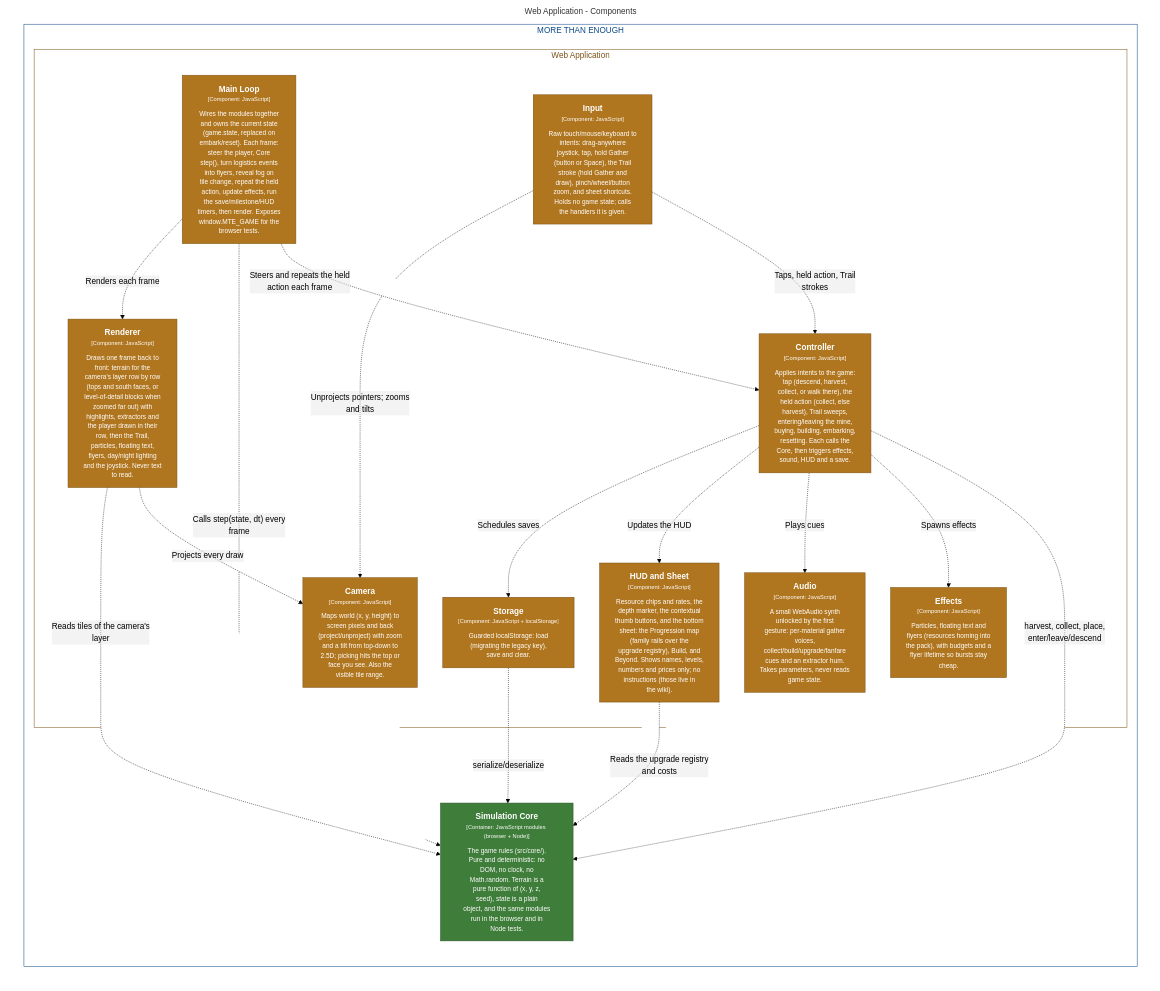
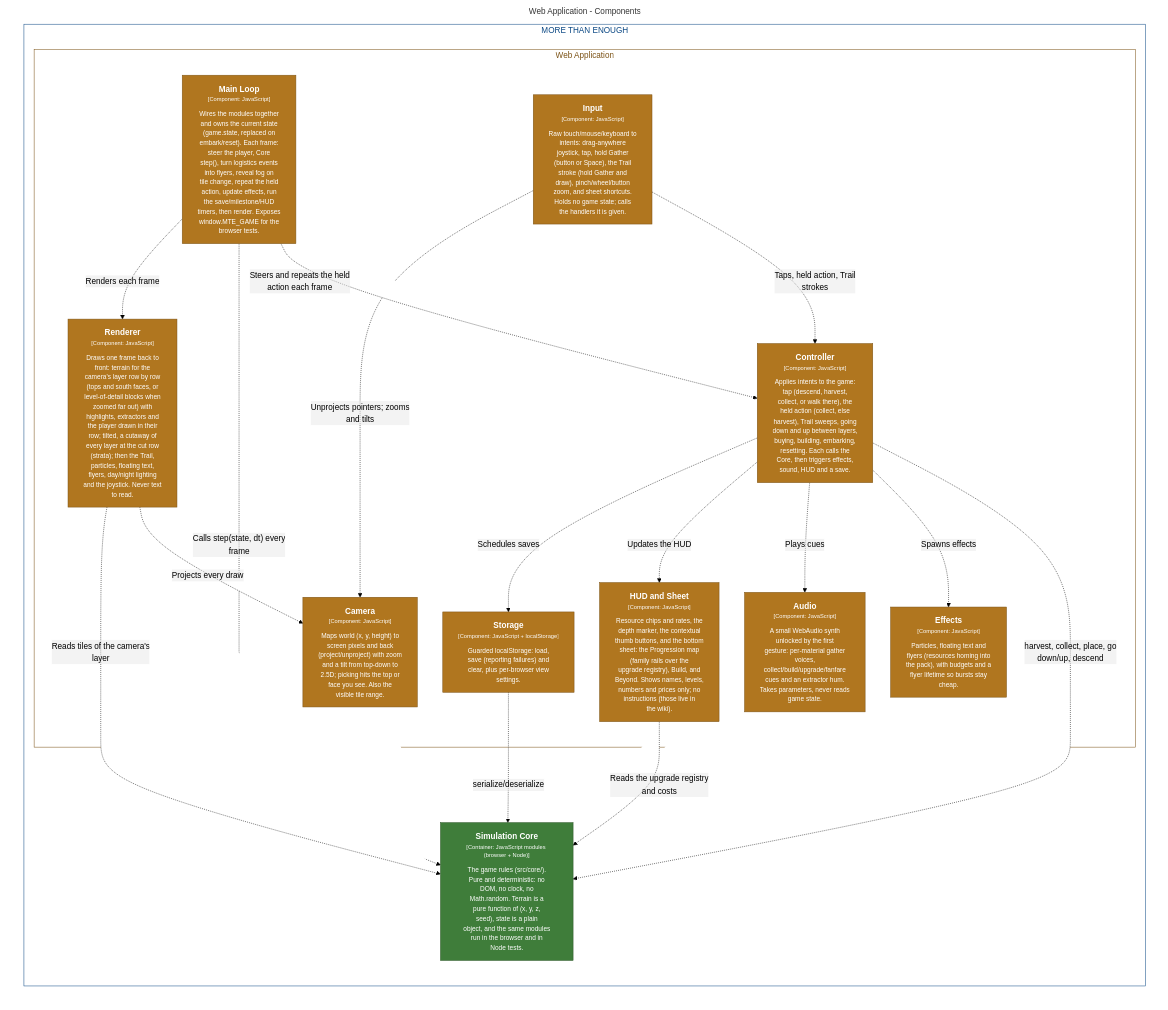
Before and after one commit to bitkojine/more-than-enough: the diagram in structurizr/diagrams/AppComponents.mmd, drawn with Mermaid (forest theme). The commit also changed 34 other files, not shown here.

First line of the commit message:
v0.22.0: holes between layers, mine fog, layer cutaway

```diff
--- a/structurizr/diagrams/AppComponents.mmd
+++ b/structurizr/diagrams/AppComponents.mmd
@@ -1,53 +1,53 @@
 %% Generated from structurizr/workspace.dsl — do not edit; run: node structurizr/scripts/structurizr.mjs mermaid
 graph LR
   linkStyle default fill:#ffffff
 
   subgraph diagram ["Web Application - Components"]
     style diagram fill:#ffffff,stroke:#ffffff
 
     subgraph 3 ["MORE THAN ENOUGH"]
       style 3 fill:#ffffff,stroke:#0b4884,color:#0b4884
 
       subgraph 4 ["Web Application"]
         style 4 fill:#ffffff,stroke:#7b5215,color:#7b5215
 
         10["<div style='font-weight: bold'>Effects</div><div style='font-size: 70%; margin-top: 0px'>[Component: JavaScript]</div><div style='font-size: 80%; margin-top:10px'>Particles, floating text and<br />flyers (resources homing into<br />the pack), with budgets and a<br />flyer lifetime so bursts stay<br />cheap.</div>"]
         style 10 fill:#b0761f,stroke:#7b5215,color:#ffffff
         11["<div style='font-weight: bold'>HUD and Sheet</div><div style='font-size: 70%; margin-top: 0px'>[Component: JavaScript]</div><div style='font-size: 80%; margin-top:10px'>Resource chips and rates, the<br />depth marker, the contextual<br />thumb buttons, and the bottom<br />sheet: the Progression map<br />(family rails over the<br />upgrade registry), Build, and<br />Beyond. Shows names, levels,<br />numbers and prices only; no<br />instructions (those live in<br />the wiki).</div>"]
         style 11 fill:#b0761f,stroke:#7b5215,color:#ffffff
         12["<div style='font-weight: bold'>Audio</div><div style='font-size: 70%; margin-top: 0px'>[Component: JavaScript]</div><div style='font-size: 80%; margin-top:10px'>A small WebAudio synth<br />unlocked by the first<br />gesture: per-material gather<br />voices,<br />collect/build/upgrade/fanfare<br />cues and an extractor hum.<br />Takes parameters, never reads<br />game state.</div>"]
         style 12 fill:#b0761f,stroke:#7b5215,color:#ffffff
-        13["<div style='font-weight: bold'>Storage</div><div style='font-size: 70%; margin-top: 0px'>[Component: JavaScript + localStorage]</div><div style='font-size: 80%; margin-top:10px'>Guarded localStorage: load<br />(migrating the legacy key),<br />save and clear.</div>"]
+        13["<div style='font-weight: bold'>Storage</div><div style='font-size: 70%; margin-top: 0px'>[Component: JavaScript + localStorage]</div><div style='font-size: 80%; margin-top:10px'>Guarded localStorage: load,<br />save (reporting failures) and<br />clear, plus per-browser view<br />settings.</div>"]
         style 13 fill:#b0761f,stroke:#7b5215,color:#ffffff
         5["<div style='font-weight: bold'>Main Loop</div><div style='font-size: 70%; margin-top: 0px'>[Component: JavaScript]</div><div style='font-size: 80%; margin-top:10px'>Wires the modules together<br />and owns the current state<br />(game.state, replaced on<br />embark/reset). Each frame:<br />steer the player, Core<br />step(), turn logistics events<br />into flyers, reveal fog on<br />tile change, repeat the held<br />action, update effects, run<br />the save/milestone/HUD<br />timers, then render. Exposes<br />window.MTE_GAME for the<br />browser tests.</div>"]
         style 5 fill:#b0761f,stroke:#7b5215,color:#ffffff
         6["<div style='font-weight: bold'>Input</div><div style='font-size: 70%; margin-top: 0px'>[Component: JavaScript]</div><div style='font-size: 80%; margin-top:10px'>Raw touch/mouse/keyboard to<br />intents: drag-anywhere<br />joystick, tap, hold Gather<br />(button or Space), the Trail<br />stroke (hold Gather and<br />draw), pinch/wheel/button<br />zoom, and sheet shortcuts.<br />Holds no game state; calls<br />the handlers it is given.</div>"]
         style 6 fill:#b0761f,stroke:#7b5215,color:#ffffff
-        7["<div style='font-weight: bold'>Controller</div><div style='font-size: 70%; margin-top: 0px'>[Component: JavaScript]</div><div style='font-size: 80%; margin-top:10px'>Applies intents to the game:<br />tap (descend, harvest,<br />collect, or walk there), the<br />held action (collect, else<br />harvest), Trail sweeps,<br />entering/leaving the mine,<br />buying, building, embarking,<br />resetting. Each calls the<br />Core, then triggers effects,<br />sound, HUD and a save.</div>"]
+        7["<div style='font-weight: bold'>Controller</div><div style='font-size: 70%; margin-top: 0px'>[Component: JavaScript]</div><div style='font-size: 80%; margin-top:10px'>Applies intents to the game:<br />tap (descend, harvest,<br />collect, or walk there), the<br />held action (collect, else<br />harvest), Trail sweeps, going<br />down and up between layers,<br />buying, building, embarking,<br />resetting. Each calls the<br />Core, then triggers effects,<br />sound, HUD and a save.</div>"]
         style 7 fill:#b0761f,stroke:#7b5215,color:#ffffff
         8["<div style='font-weight: bold'>Camera</div><div style='font-size: 70%; margin-top: 0px'>[Component: JavaScript]</div><div style='font-size: 80%; margin-top:10px'>Maps world (x, y, height) to<br />screen pixels and back<br />(project/unproject) with zoom<br />and a tilt from top-down to<br />2.5D; picking hits the top or<br />face you see. Also the<br />visible tile range.</div>"]
         style 8 fill:#b0761f,stroke:#7b5215,color:#ffffff
-        9["<div style='font-weight: bold'>Renderer</div><div style='font-size: 70%; margin-top: 0px'>[Component: JavaScript]</div><div style='font-size: 80%; margin-top:10px'>Draws one frame back to<br />front: terrain for the<br />camera's layer row by row<br />(tops and south faces, or<br />level-of-detail blocks when<br />zoomed far out) with<br />highlights, extractors and<br />the player drawn in their<br />row, then the Trail,<br />particles, floating text,<br />flyers, day/night lighting<br />and the joystick. Never text<br />to read.</div>"]
+        9["<div style='font-weight: bold'>Renderer</div><div style='font-size: 70%; margin-top: 0px'>[Component: JavaScript]</div><div style='font-size: 80%; margin-top:10px'>Draws one frame back to<br />front: terrain for the<br />camera's layer row by row<br />(tops and south faces, or<br />level-of-detail blocks when<br />zoomed far out) with<br />highlights, extractors and<br />the player drawn in their<br />row; tilted, a cutaway of<br />every layer at the cut row<br />(strata); then the Trail,<br />particles, floating text,<br />flyers, day/night lighting<br />and the joystick. Never text<br />to read.</div>"]
         style 9 fill:#b0761f,stroke:#7b5215,color:#ffffff
       end
 
       15["<div style='font-weight: bold'>Simulation Core</div><div style='font-size: 70%; margin-top: 0px'>[Container: JavaScript modules (browser + Node)]</div><div style='font-size: 80%; margin-top:10px'>The game rules (src/core/).<br />Pure and deterministic: no<br />DOM, no clock, no<br />Math.random. Terrain is a<br />pure function of (x, y, z,<br />seed), state is a plain<br />object, and the same modules<br />run in the browser and in<br />Node tests.</div>"]
       style 15 fill:#3f7d3a,stroke:#2c5728,color:#ffffff
     end
 
     6-. "<div>Taps, held action, Trail<br />strokes</div><div style='font-size: 70%'></div>" .->7
     6-. "<div>Unprojects pointers; zooms<br />and tilts</div><div style='font-size: 70%'></div>" .->8
     5-. "<div>Steers and repeats the held<br />action each frame</div><div style='font-size: 70%'></div>" .->7
     5-. "<div>Calls step(state, dt) every<br />frame</div><div style='font-size: 70%'></div>" .->15
     5-. "<div>Renders each frame</div><div style='font-size: 70%'></div>" .->9
-    7-. "<div>harvest, collect, place,<br />enter/leave/descend</div><div style='font-size: 70%'></div>" .->15
+    7-. "<div>harvest, collect, place, go<br />down/up, descend</div><div style='font-size: 70%'></div>" .->15
     7-. "<div>Spawns effects</div><div style='font-size: 70%'></div>" .->10
     7-. "<div>Plays cues</div><div style='font-size: 70%'></div>" .->12
     7-. "<div>Updates the HUD</div><div style='font-size: 70%'></div>" .->11
     7-. "<div>Schedules saves</div><div style='font-size: 70%'></div>" .->13
     9-. "<div>Projects every draw</div><div style='font-size: 70%'></div>" .->8
     9-. "<div>Reads tiles of the camera's<br />layer</div><div style='font-size: 70%'></div>" .->15
     11-. "<div>Reads the upgrade registry<br />and costs</div><div style='font-size: 70%'></div>" .->15
     13-. "<div>serialize/deserialize</div><div style='font-size: 70%'></div>" .->15
 
   end
```
